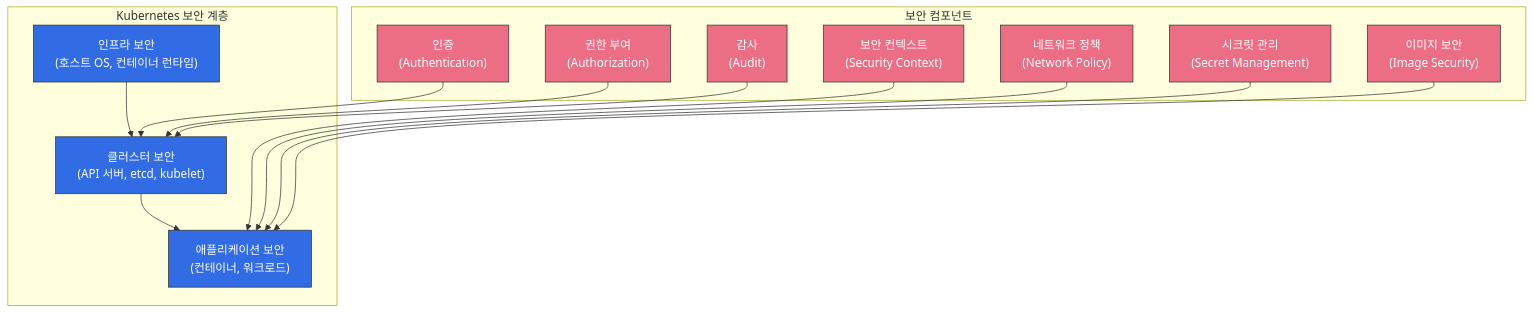
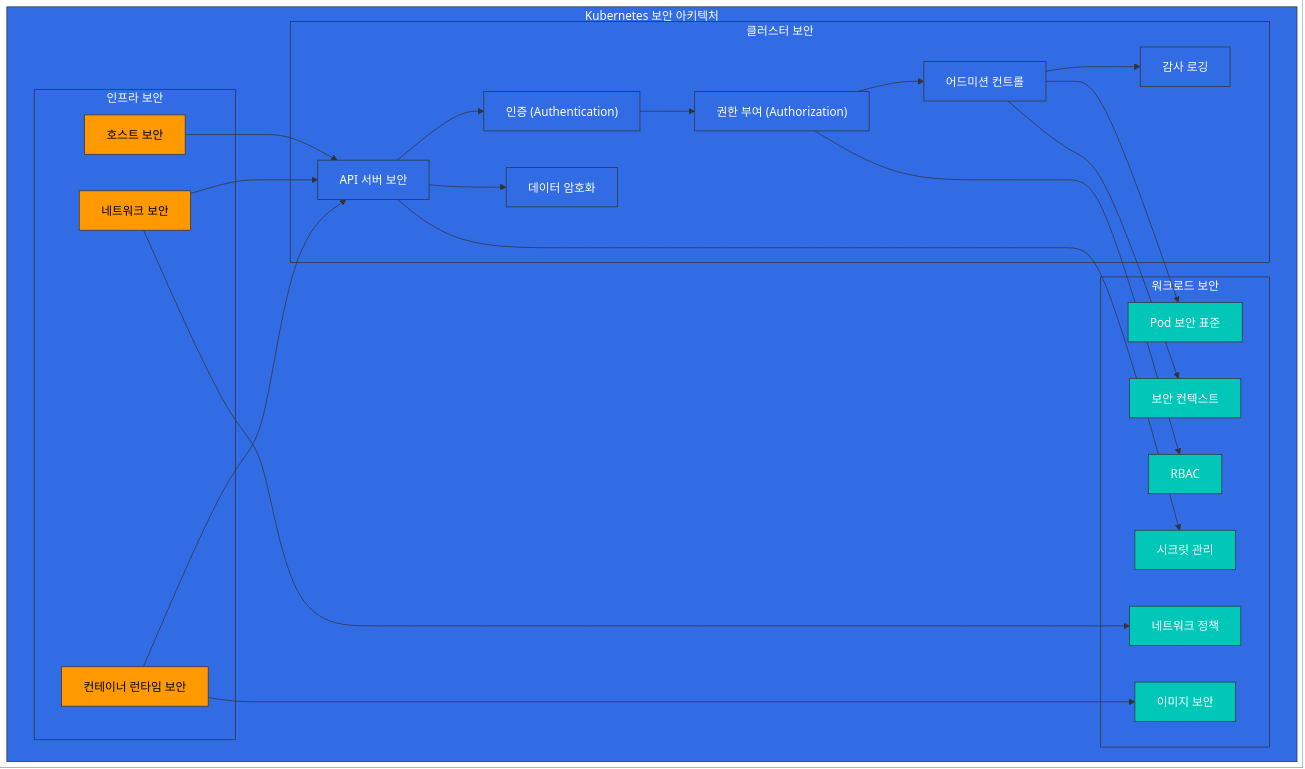
Before and after one commit to Atom-oh/kubernetes-docs: the first of 6 diagrams in core/06-security.md, drawn with Mermaid. The commit also changed other lines of this file, not shown here.

Commit message:
문서 개선: 보안 문서에 실습 환경 설정, 상세 보안 아키텍처 다이어그램 및 보안 영역 비교 표 추가

````diff
--- a/core/06-security.md
+++ b/core/06-security.md
@@ -5,37 +78,55 @@
 ```mermaid
 graph TD
-    subgraph "Kubernetes 보안 계층"
-        Infra["인프라 보안<br>(호스트 OS, 컨테이너 런타임)"]
-        Cluster["클러스터 보안<br>(API 서버, etcd, kubelet)"]
-        App["애플리케이션 보안<br>(컨테이너, 워크로드)"]
+    subgraph "Kubernetes 보안 아키텍처"
+        subgraph "인프라 보안"
+            Host["호스트 보안"]
+            Network["네트워크 보안"]
+            Container["컨테이너 런타임 보안"]
+        end
+        
+        subgraph "클러스터 보안"
+            API["API 서버 보안"]
+            Auth["인증 (Authentication)"]
+            Authz["권한 부여 (Authorization)"]
+            Admission["어드미션 컨트롤"]
+            Audit["감사 로깅"]
+            Encrypt["데이터 암호화"]
+        end
+        
+        subgraph "워크로드 보안"
+            SecCtx["보안 컨텍스트"]
+            NetPol["네트워크 정책"]
+            PodSec["Pod 보안 표준"]
+            Secret["시크릿 관리"]
+            ImgSec["이미지 보안"]
+            RBAC["RBAC"]
+        end
     end
     
-    subgraph "보안 컴포넌트"
-        Auth["인증<br>(Authentication)"]
-        Authz["권한 부여<br>(Authorization)"]
-        SecCtx["보안 컨텍스트<br>(Security Context)"]
-        NetPol["네트워크 정책<br>(Network Policy)"]
-        Secret["시크릿 관리<br>(Secret Management)"]
-        Img["이미지 보안<br>(Image Security)"]
-        Audit["감사<br>(Audit)"]
-    end
+    Host --> API
+    Network --> API
+    Container --> API
     
-    Infra --> Cluster
-    Cluster --> App
+    API --> Auth
+    Auth --> Authz
+    Authz --> Admission
+    Admission --> Audit
+    API --> Encrypt
     
-    Auth --> Cluster
-    Authz --> Cluster
-    SecCtx --> App
-    NetPol --> App
-    Secret --> App
-    Img --> App
-    Audit --> Cluster
+    Authz --> RBAC
+    Admission --> PodSec
+    Admission --> SecCtx
+    Network --> NetPol
+    API --> Secret
+    Container --> ImgSec
     
     %% 스타일 정의
-    classDef k8sComponent fill:#326CE5,stroke:#333,stroke-width:1px,color:white;
-    classDef securityComponent fill:#EB6E85,stroke:#333,stroke-width:1px,color:white;
+    classDef infra fill:#FF9900,stroke:#333,stroke-width:1px,color:black;
+    classDef cluster fill:#326CE5,stroke:#333,stroke-width:1px,color:white;
+    classDef workload fill:#00C7B7,stroke:#333,stroke-width:1px,color:white;
     
     %% 클래스 적용
-    class Infra,Cluster,App k8sComponent;
-    class Auth,Authz,SecCtx,NetPol,Secret,Img,Audit securityComponent;
+    class Host,Network,Container infra;
+    class API,Auth,Authz,Admission,Audit,Encrypt cluster;
+    class SecCtx,NetPol,PodSec,Secret,ImgSec,RBAC workload;
 ```
````
